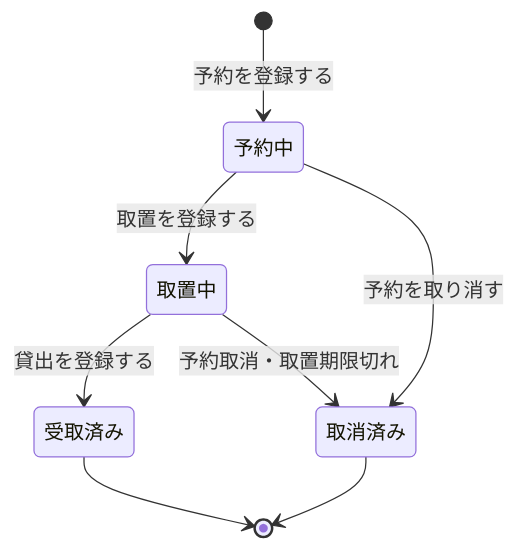
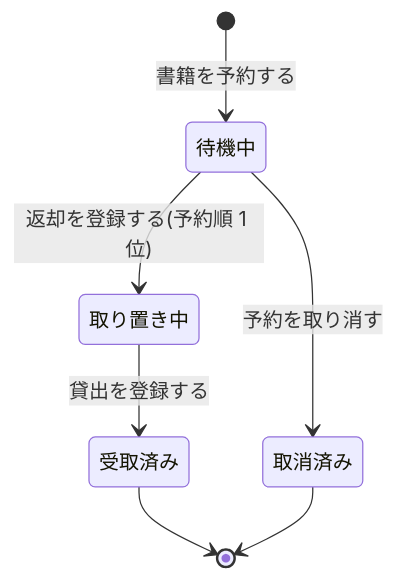
The fourth of 4 diagrams in samples/distillery2/library-loan/docs/requirements/_review-summary.md (suwa-sh/suwa-sh-claude-plugins), drawn with Mermaid before and after one commit. The commit also changed other lines of this file and 249 other files, not shown here.

````diff
--- a/samples/distillery2/library-loan/docs/requirements/_review-summary.md
+++ b/samples/distillery2/library-loan/docs/requirements/_review-summary.md
@@ -126,10 +108,9 @@
 ```mermaid
 stateDiagram-v2
-  [*] --> 予約中: 予約を登録する
-  予約中 --> 取置中: 取置を登録する
-  予約中 --> 取消済み: 予約を取り消す
-  取置中 --> 受取済み: 貸出を登録する
-  取置中 --> 取消済み: 予約取消・取置期限切れ
+  [*] --> 待機中: 書籍を予約する
+  待機中 --> 取り置き中: 返却を登録する(予約順 1 位)
+  待機中 --> 取消済み: 予約を取り消す
+  取り置き中 --> 受取済み: 貸出を登録する
   受取済み --> [*]
   取消済み --> [*]
 ```
````
